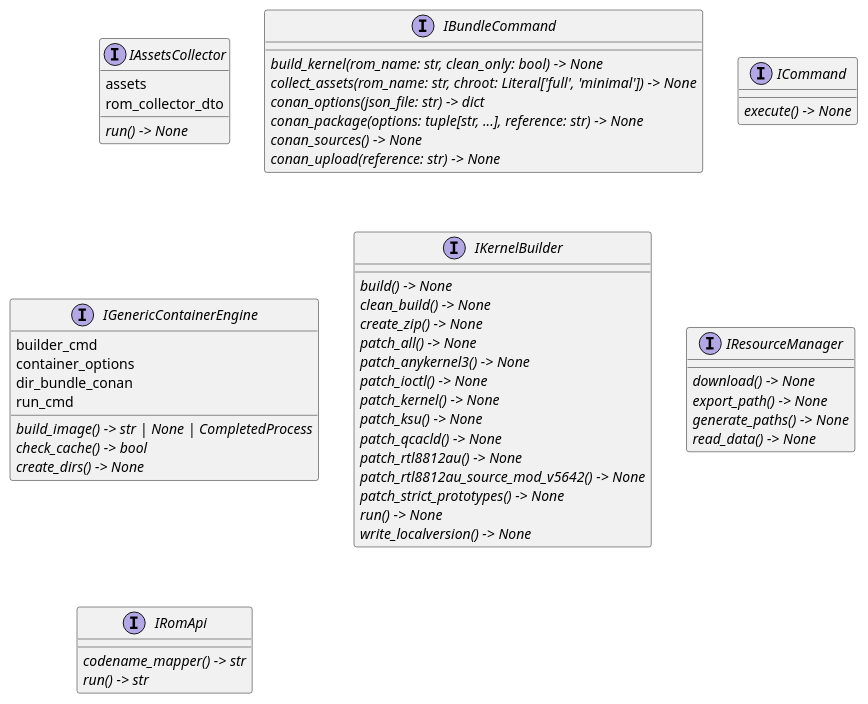
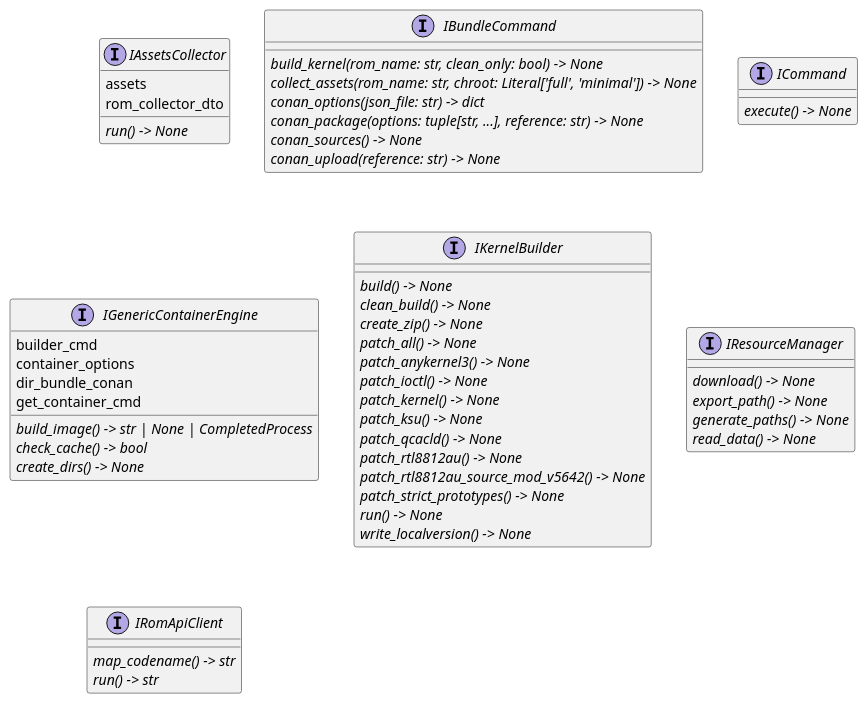
One commit to seppzer0/zero_kernel changed the diagram in docs/architecture/interfaces/classes.puml. Above: the diagram before and after it, drawn with PlantUML. The commit also changed 45 other files, not shown here.

```diff
--- a/docs/architecture/interfaces/classes.puml
+++ b/docs/architecture/interfaces/classes.puml
@@ -1,54 +1,54 @@
 @startuml classes
 set namespaceSeparator none
 interface "IAssetsCollector" as interfaces.modules.IAssetsCollector {
   assets
   rom_collector_dto
   {abstract}run() -> None
 }
 interface "IBundleCommand" as interfaces.commands.IBundleCommand {
   {abstract}build_kernel(rom_name: str, clean_only: bool) -> None
   {abstract}collect_assets(rom_name: str, chroot: Literal['full', 'minimal']) -> None
   {abstract}conan_options(json_file: str) -> dict
   {abstract}conan_package(options: tuple[str, ...], reference: str) -> None
   {abstract}conan_sources() -> None
   {abstract}conan_upload(reference: str) -> None
 }
 interface "ICommand" as interfaces.commands.ICommand {
   {abstract}execute() -> None
 }
 interface "IGenericContainerEngine" as interfaces.engines.IGenericContainerEngine {
   builder_cmd
   container_options
   dir_bundle_conan
-  run_cmd
+  get_container_cmd
   {abstract}build_image() -> str | None | CompletedProcess
   {abstract}check_cache() -> bool
   {abstract}create_dirs() -> None
 }
 interface "IKernelBuilder" as interfaces.modules.IKernelBuilder {
   {abstract}build() -> None
   {abstract}clean_build() -> None
   {abstract}create_zip() -> None
   {abstract}patch_all() -> None
   {abstract}patch_anykernel3() -> None
   {abstract}patch_ioctl() -> None
   {abstract}patch_kernel() -> None
   {abstract}patch_ksu() -> None
   {abstract}patch_qcacld() -> None
   {abstract}patch_rtl8812au() -> None
   {abstract}patch_rtl8812au_source_mod_v5642() -> None
   {abstract}patch_strict_prototypes() -> None
   {abstract}run() -> None
   {abstract}write_localversion() -> None
 }
 interface "IResourceManager" as interfaces.managers.IResourceManager {
   {abstract}download() -> None
   {abstract}export_path() -> None
   {abstract}generate_paths() -> None
   {abstract}read_data() -> None
 }
-interface "IRomApi" as interfaces.clients.IRomApi {
-  {abstract}codename_mapper() -> str
+interface "IRomApiClient" as interfaces.clients.IRomApiClient {
+  {abstract}map_codename() -> str
   {abstract}run() -> str
 }
 @enduml
```
